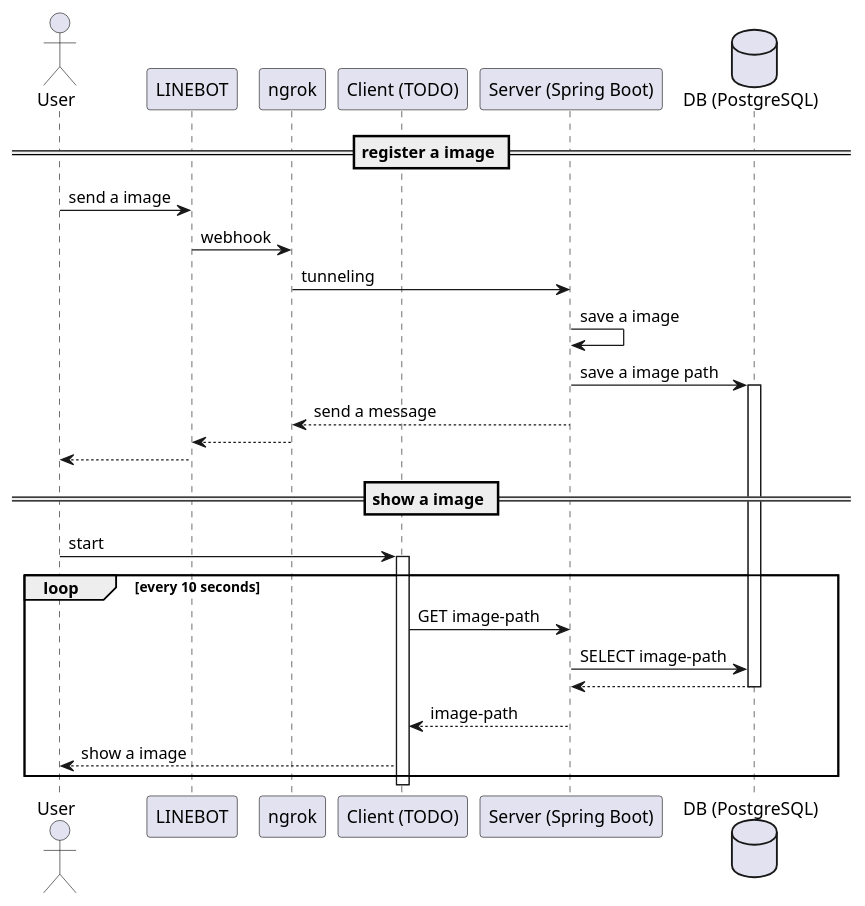
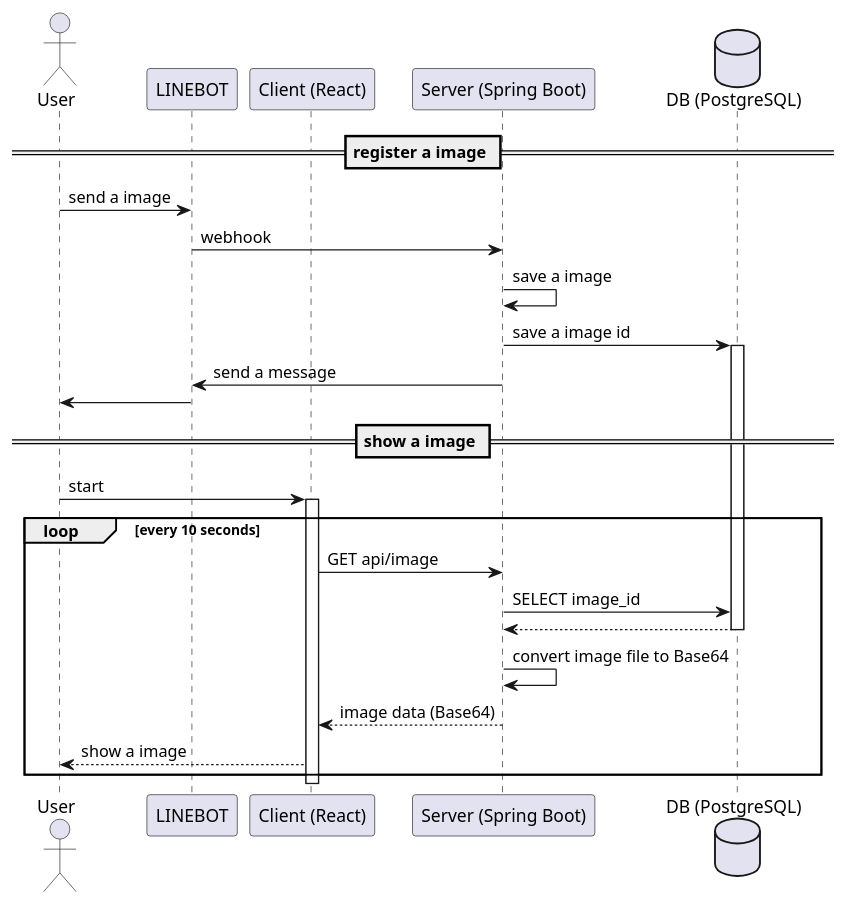
Before and after one commit to azukichi67/photo-shower: the diagram in specification/sequence.pu, drawn with PlantUML. The commit also changed 1 other file, not shown here.

```diff
--- a/specification/sequence.pu
+++ b/specification/sequence.pu
@@ -1,36 +1,34 @@
 @startuml photo-shower
 
 actor User
 participant LINEBOT
-participant ngrok
-participant "Client (TODO)" as Client
+participant "Client (React)" as Client
 participant "Server (Spring Boot)" as Server
 database "DB (PostgreSQL)" as DB
 
 == register a image ==
 
 User -> LINEBOT: send a image
-LINEBOT -> ngrok: webhook
-ngrok -> Server: tunneling
+LINEBOT -> Server: webhook
 Server -> Server: save a image
-Server -> DB: save a image path
+Server -> DB: save a image id
 activate DB
-Server --> ngrok: send a message
-ngrok --> LINEBOT
-LINEBOT --> User
+Server -> LINEBOT: send a message
+LINEBOT -> User
 
 == show a image ==
 
 User -> Client: start
 activate Client
 loop every 10 seconds
-Client -> Server: GET image-path
-Server -> DB: SELECT image-path
+Client -> Server: GET api/image
+Server -> DB: SELECT image_id
 DB --> Server
 deactivate DB
-Server --> Client: image-path
+Server -> Server: convert image file to Base64
+Server --> Client: image data (Base64)
 Client --> User: show a image
 end
 deactivate Client
 
 @enduml
```
